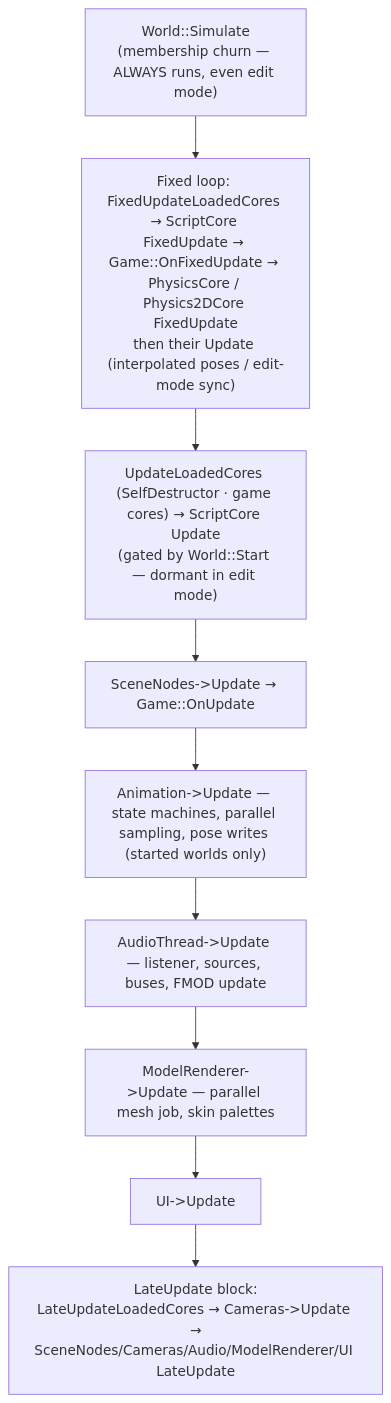
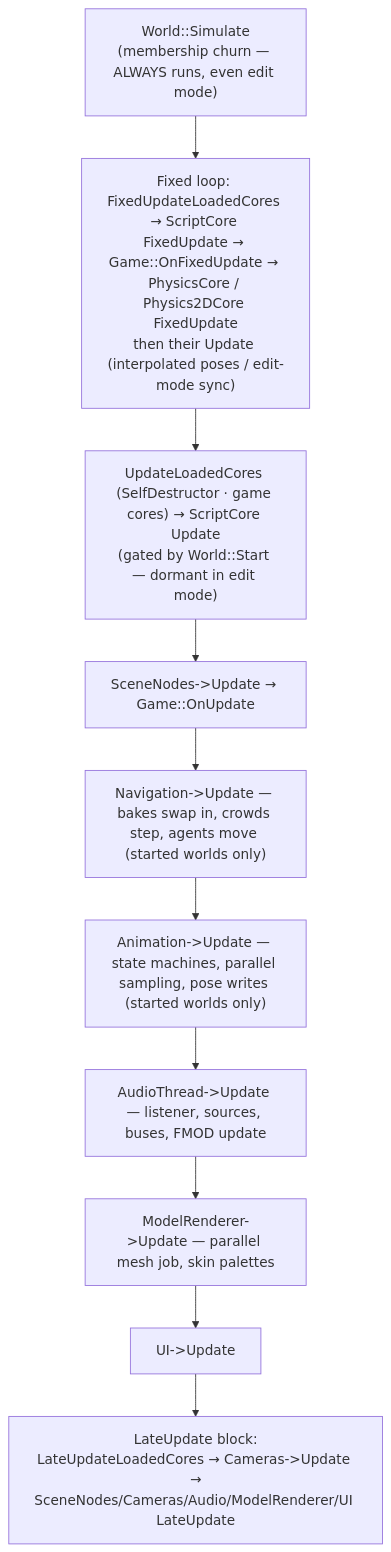
The diagram in Docs/Cores-and-Components-Reference.md (wobbier/MitchEngine), drawn with Mermaid before and after one commit. The commit also changed other lines of this file and 8 other files, not shown here.

````diff
--- a/Docs/Cores-and-Components-Reference.md
+++ b/Docs/Cores-and-Components-Reference.md
@@ -31,11 +32,12 @@
 ```mermaid
 flowchart TD
     A["World::Simulate<br/>(membership churn — ALWAYS runs, even edit mode)"] --> P["Fixed loop: FixedUpdateLoadedCores → ScriptCore FixedUpdate → Game::OnFixedUpdate → PhysicsCore / Physics2DCore FixedUpdate<br/>then their Update (interpolated poses / edit-mode sync)"]
     P --> B["UpdateLoadedCores (SelfDestructor · game cores) → ScriptCore Update<br/>(gated by World::Start — dormant in edit mode)"]
     B --> C["SceneNodes->Update → Game::OnUpdate"]
-    C --> D2["Animation->Update — state machines, parallel sampling, pose writes (started worlds only)"]
+    C --> N["Navigation->Update — bakes swap in, crowds step, agents move (started worlds only)"]
+    N --> D2["Animation->Update — state machines, parallel sampling, pose writes (started worlds only)"]
     D2 --> D["AudioThread->Update — listener, sources, buses, FMOD update"]
     D --> E["ModelRenderer->Update — parallel mesh job, skin palettes"]
     E --> F["UI->Update"]
     F --> G["LateUpdate block:<br/>LateUpdateLoadedCores → Cameras->Update →<br/>SceneNodes/Cameras/Audio/ModelRenderer/UI LateUpdate"]
 ```
````
